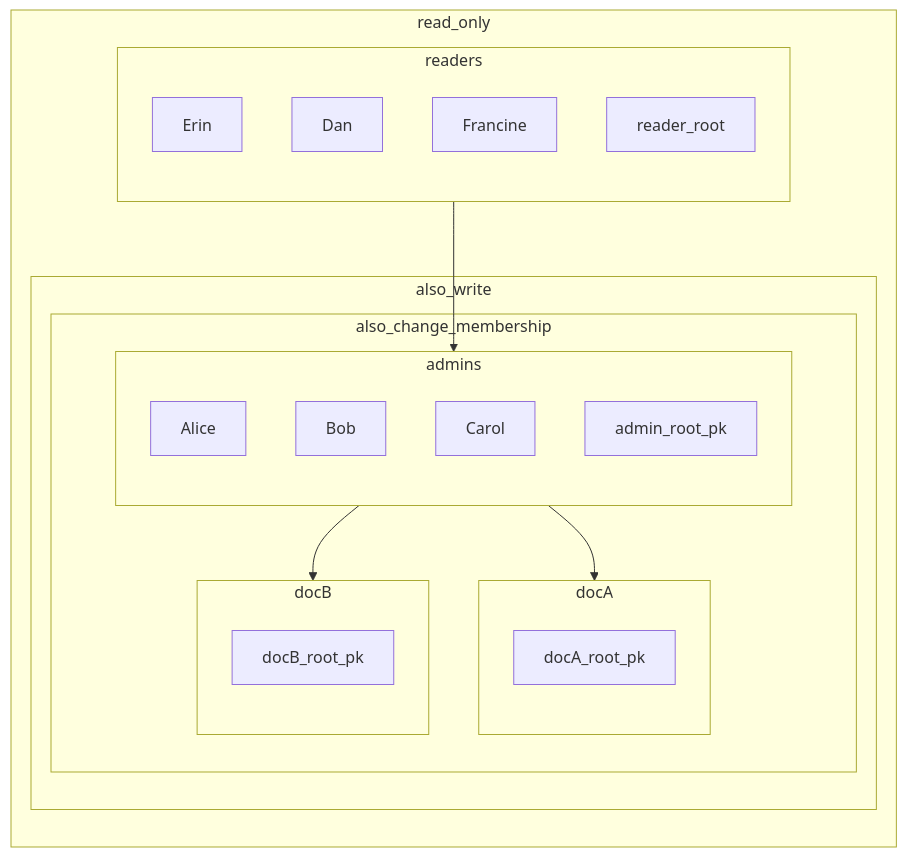
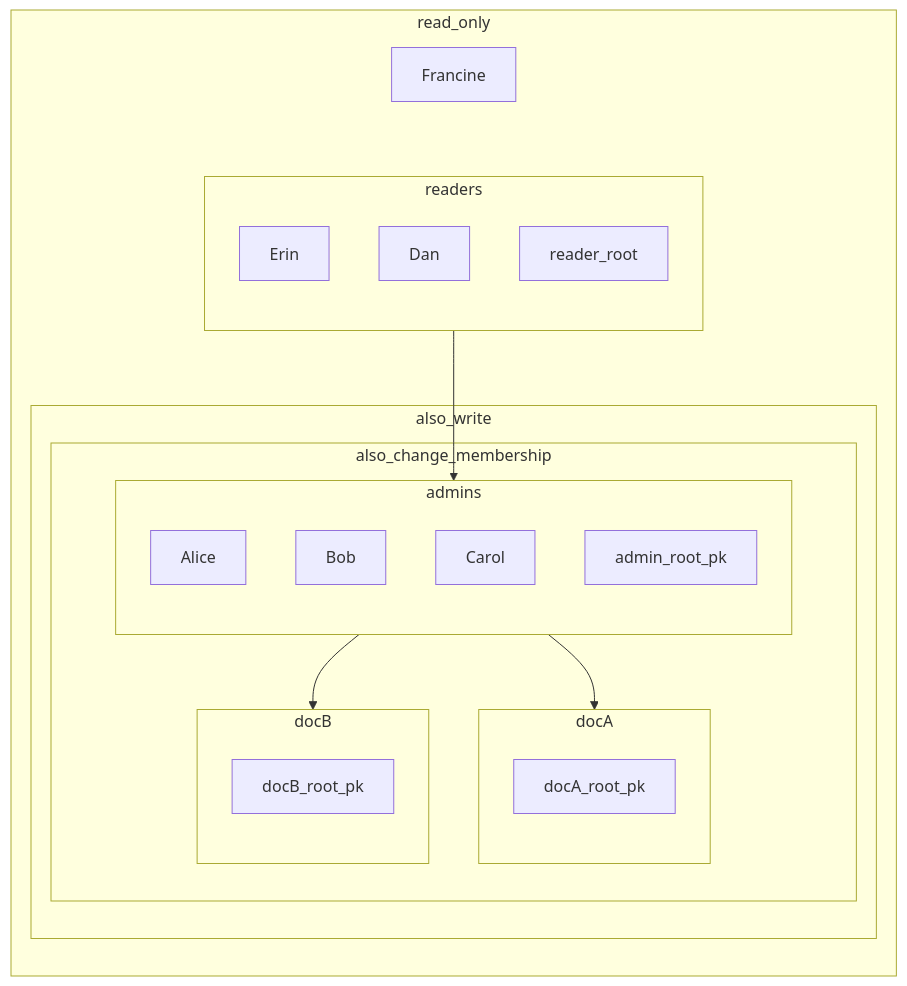
The third of 3 diagrams in design/group_membership.md (inkandswitch/keyhive), drawn with Mermaid before and after one commit. The commit also changed other lines of this file, not shown here.

Commit message:
Move diagram to top

````diff
--- a/design/group_membership.md
+++ b/design/group_membership.md
@@ -117,47 +86,49 @@
 ```mermaid
 flowchart TB
     subgraph read_only
         direction TB
 
         subgraph readers
             direction TB
 
             Erin
             Dan
-            Francine
 
             reader_root
         end
+
+        Francine
 
         subgraph also_write
             subgraph also_change_membership
                 subgraph admins
                     direction TB
 
                     Alice
                     Bob
                     Carol
 
                     admin_root_pk
                 end
 
                 subgraph docA
                     direction TB
 
                     docA_root_pk
                 end
 
                 subgraph docB
                     direction TB
 
                     docB_root_pk
                 end
             end
         end
     end
 
     admins --> docA
     admins --> docB
 
+    Francine ~~~ readers
     readers --> admins
 ```
````
